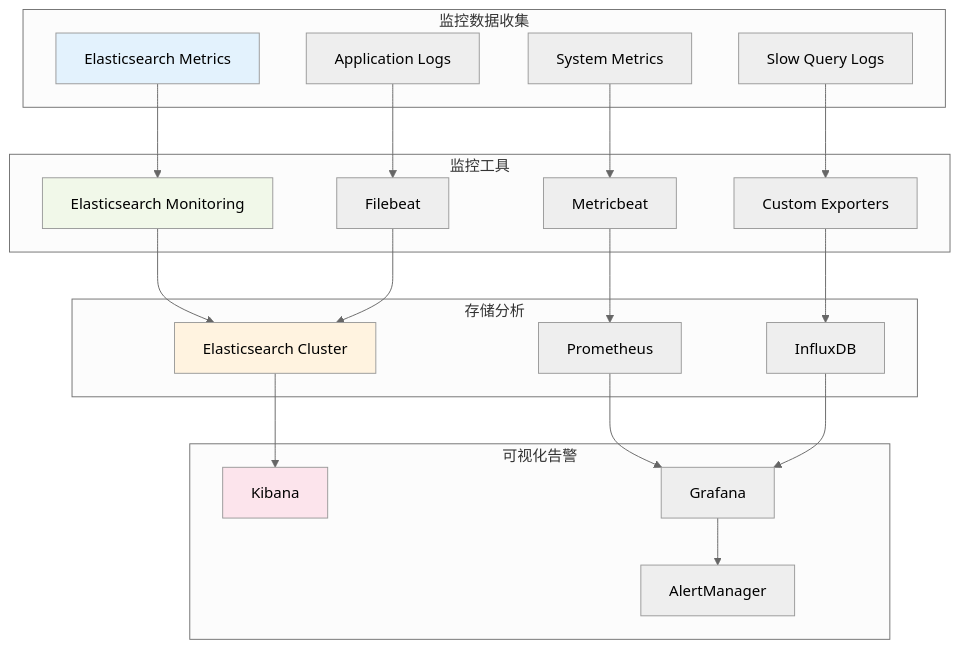
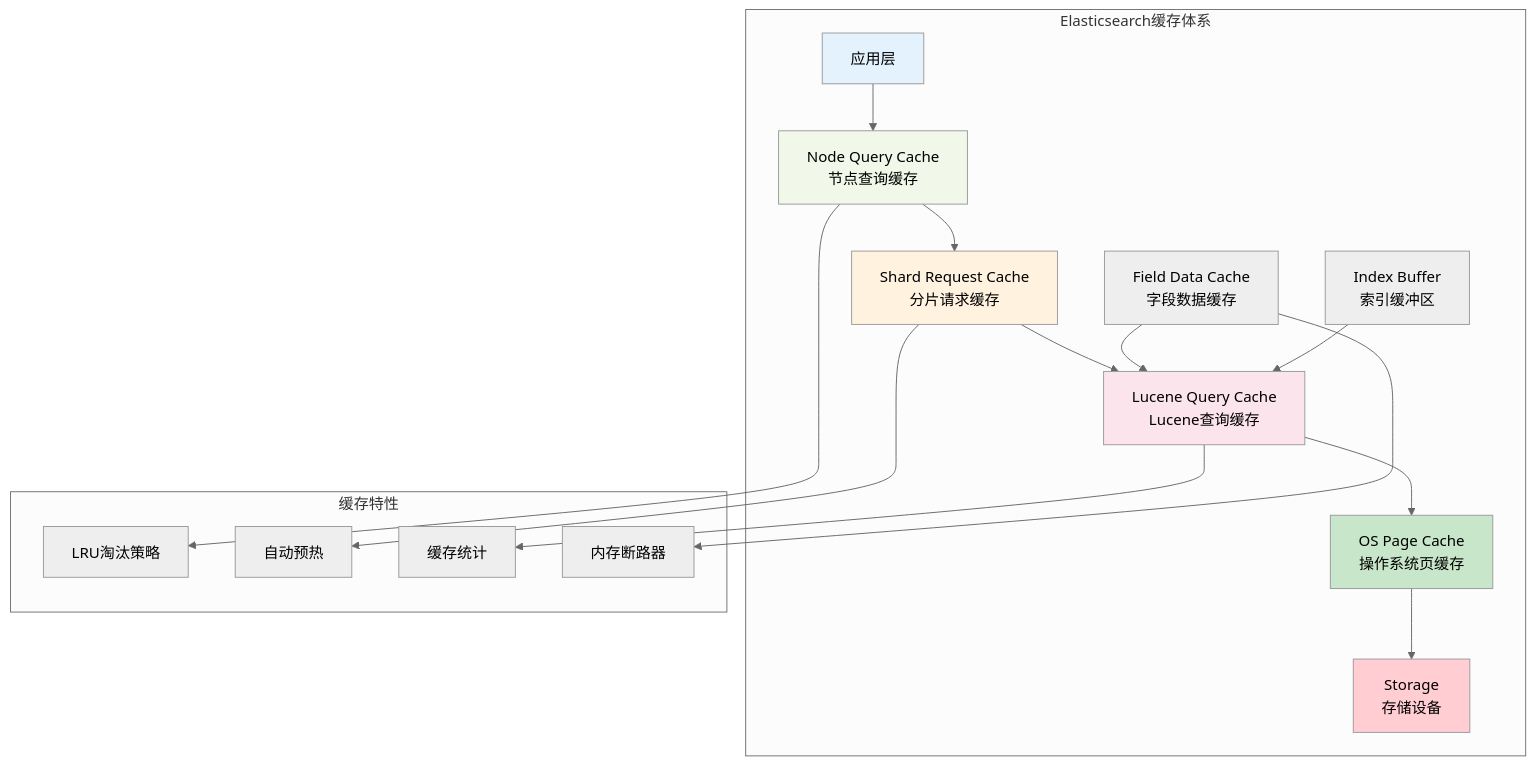
Diagram 13 of 30 in 32.elasticsearch.md (ralph-wren/TechStack-Handbook), drawn with Mermaid (neutral theme) before and after one commit. The commit also changed other lines of this file and 2 other files, not shown here.

````diff
--- a/32.elasticsearch.md
+++ b/32.elasticsearch.md
@@ -792,49 +620,32 @@
 ```mermaid
 graph TB
-    subgraph "监控数据收集"
-        A1["Elasticsearch Metrics"]
-        A2["System Metrics"]
-        A3["Application Logs"]
-        A4["Slow Query Logs"]
+    subgraph "Elasticsearch缓存体系"
+        A["应用层"] --> B["Node Query Cache<br/>节点查询缓存"]
+        B --> C["Shard Request Cache<br/>分片请求缓存"]
+        C --> D["Lucene Query Cache<br/>Lucene查询缓存"]
+        D --> E["OS Page Cache<br/>操作系统页缓存"]
+        E --> F["Storage<br/>存储设备"]
+        
+        G["Field Data Cache<br/>字段数据缓存"] --> D
+        H["Index Buffer<br/>索引缓冲区"] --> D
     end
     
-    subgraph "监控工具"
-        B1["Elasticsearch Monitoring"]
-        B2["Metricbeat"]
-        B3["Filebeat"]
-        B4["Custom Exporters"]
+    subgraph "缓存特性"
+        I["LRU淘汰策略"]
+        J["自动预热"]
+        K["缓存统计"]
+        L["内存断路器"]
     end
     
-    subgraph "存储分析"
-        C1["Elasticsearch Cluster"]
-        C2["Prometheus"]
-        C3["InfluxDB"]
-    end
+    B --> I
+    C --> J
+    D --> K
+    G --> L
     
-    subgraph "可视化告警"
-        D1["Kibana"]
-        D2["Grafana"]
-        D3["AlertManager"]
-    end
-    
-    A1 --> B1
-    A2 --> B2
-    A3 --> B3
-    A4 --> B4
-    
-    B1 --> C1
-    B2 --> C2
-    B3 --> C1
-    B4 --> C3
-    
-    C1 --> D1
-    C2 --> D2
-    C3 --> D2
-    
-    D2 --> D3
-    
-    style A1 fill:#e3f2fd
-    style B1 fill:#f1f8e9
-    style C1 fill:#fff3e0
-    style D1 fill:#fce4ec
+    style A fill:#e3f2fd
+    style B fill:#f1f8e9
+    style C fill:#fff3e0
+    style D fill:#fce4ec
+    style E fill:#c8e6c9
+    style F fill:#ffcdd2
 ```
````
